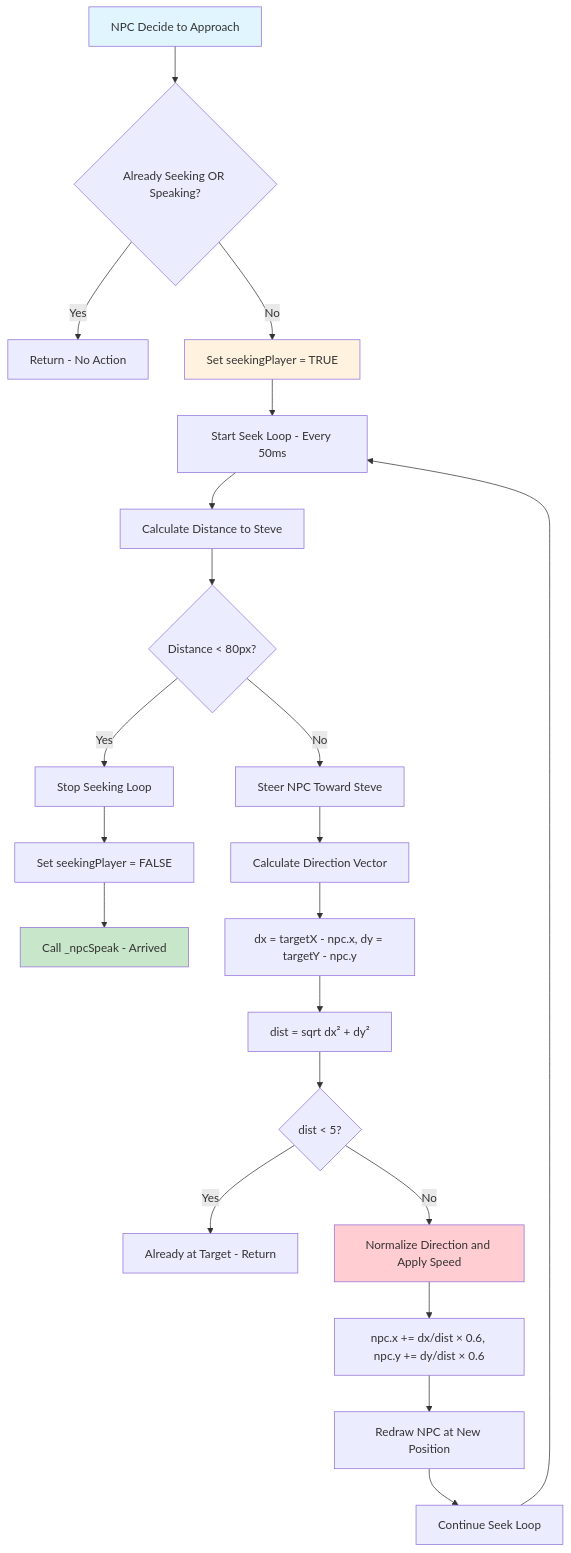
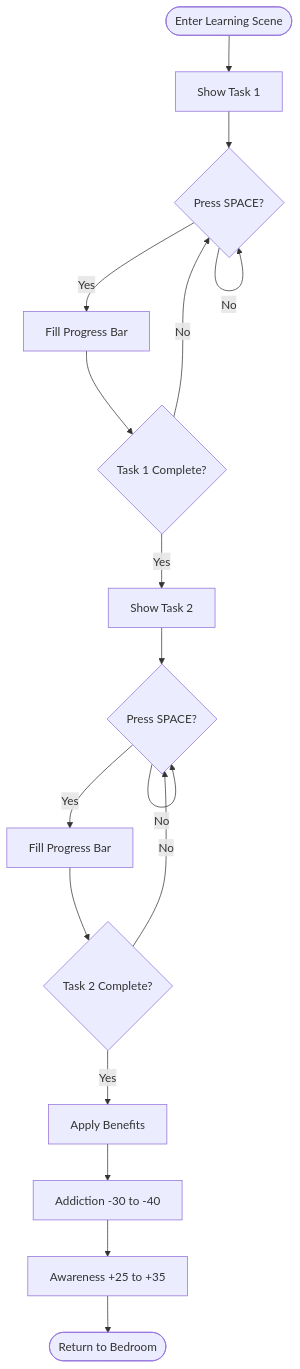
One commit to MNSBaanu/EchoSphere changed the fifth of 8 diagrams in docs/08_Algorithm.md. Above: the diagram before and after it, drawn with Mermaid. The commit also changed other lines of this file, not shown here.

First line of the commit message:
docs(Algorithm): simplify flowcharts and remove pseudocode

````diff
--- a/docs/08_Algorithm.md
+++ b/docs/08_Algorithm.md
@@ -196,34 +93,19 @@
 ```mermaid
 flowchart TD
-    A[NPC Decide to Approach] --> B{Already Seeking OR Speaking?}
-    B -->|Yes| C[Return - No Action]
-    B -->|No| D[Set seekingPlayer = TRUE]
-    
-    D --> E[Start Seek Loop - Every 50ms]
-    E --> F[Calculate Distance to Steve]
-    F --> G{Distance < 80px?}
-    
-    G -->|Yes| H[Stop Seeking Loop]
-    G -->|No| I[Steer NPC Toward Steve]
-    
-    H --> J[Set seekingPlayer = FALSE]
-    J --> K[Call _npcSpeak - Arrived]
-    
-    I --> L[Calculate Direction Vector]
-    L --> M[dx = targetX - npc.x, dy = targetY - npc.y]
-    M --> N[dist = sqrt dx² + dy²]
-    N --> O{dist < 5?}
-    
-    O -->|Yes| P[Already at Target - Return]
-    O -->|No| Q[Normalize Direction and Apply Speed]
-    
-    Q --> R[npc.x += dx/dist × 0.6, npc.y += dy/dist × 0.6]
-    R --> S[Redraw NPC at New Position]
-    S --> T[Continue Seek Loop]
-    T --> E
-    
-    style A fill:#e1f5fe
-    style D fill:#fff3e0
-    style K fill:#c8e6c9
-    style Q fill:#ffcdd2
+    A([Enter Learning Scene]) --> B[Show Task 1]
+    B --> C{Press SPACE?}
+    C -->|Yes| D[Fill Progress Bar]
+    C -->|No| C
+    D --> E{Task 1 Complete?}
+    E -->|No| C
+    E -->|Yes| F[Show Task 2]
+    F --> G{Press SPACE?}
+    G -->|Yes| H[Fill Progress Bar]
+    G -->|No| G
+    H --> I{Task 2 Complete?}
+    I -->|No| G
+    I -->|Yes| J[Apply Benefits]
+    J --> K[Addiction -30 to -40]
+    K --> L[Awareness +25 to +35]
+    L --> M([Return to Bedroom])
 ```
````
